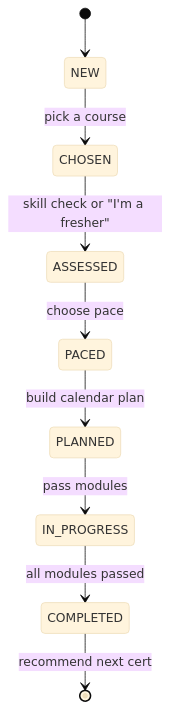
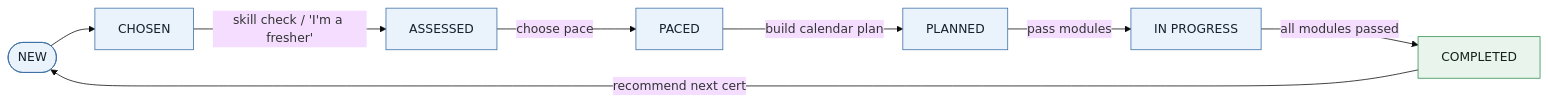
Before and after one commit to theCodeForgerHQ/msf-reasoning-agent: the eighth of 10 diagrams in README.md, drawn with Mermaid (base theme). The commit also changed other lines of this file and 2 other files, not shown here.

````diff
--- a/README.md
+++ b/README.md
@@ -392,11 +372,13 @@
 ```mermaid
-stateDiagram-v2
-    [*] --> NEW
-    NEW --> CHOSEN: pick a course
-    CHOSEN --> ASSESSED: skill check or "I'm a fresher"
-    ASSESSED --> PACED: choose pace
-    PACED --> PLANNED: build calendar plan
-    PLANNED --> IN_PROGRESS: pass modules
-    IN_PROGRESS --> COMPLETED: all modules passed
-    COMPLETED --> [*]: recommend next cert
+flowchart LR
+    classDef s fill:#eaf2fb,stroke:#3b6ea5,color:#15212e
+    classDef done fill:#e9f5ec,stroke:#2f8f4e,color:#13251a
+
+    N(["NEW"]):::s --> C["CHOSEN"]:::s
+    C -->|"skill check / 'I'm a fresher'"| AS["ASSESSED"]:::s
+    AS -->|"choose pace"| P["PACED"]:::s
+    P -->|"build calendar plan"| PL["PLANNED"]:::s
+    PL -->|"pass modules"| IP["IN&nbsp;PROGRESS"]:::s
+    IP -->|"all modules passed"| CO["COMPLETED"]:::done
+    CO -->|"recommend next cert"| N
 ```
````
